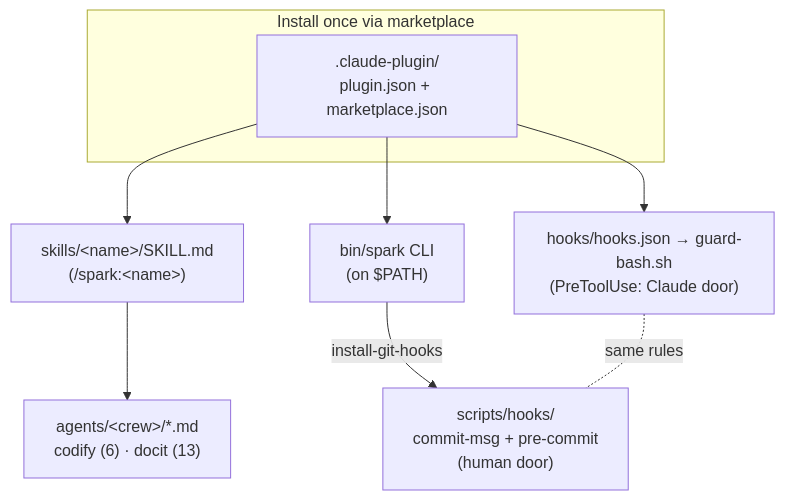
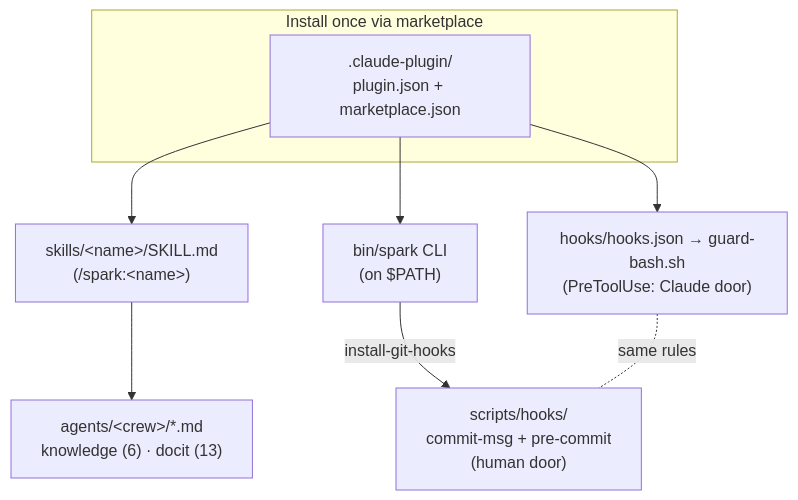
One commit to jwogrady/spark changed the diagram in docs/architecture/spark-internals.md. Above: the diagram before and after it, drawn with Mermaid. The commit also changed other lines of this file and 21 other files, not shown here.

````diff
--- a/docs/architecture/spark-internals.md
+++ b/docs/architecture/spark-internals.md
@@ -64,12 +64,12 @@
 ```mermaid
 flowchart TB
   subgraph Install["Install once via marketplace"]
     M[".claude-plugin/<br/>plugin.json + marketplace.json"]
   end
   M --> S["skills/&lt;name&gt;/SKILL.md<br/>(/spark:&lt;name&gt;)"]
   M --> H["hooks/hooks.json → guard-bash.sh<br/>(PreToolUse: Claude door)"]
   M --> C["bin/spark CLI<br/>(on $PATH)"]
-  S --> A["agents/&lt;crew&gt;/*.md<br/>codify (6) · docit (13)"]
+  S --> A["agents/&lt;crew&gt;/*.md<br/>knowledge (6) · docit (13)"]
   C -->|install-git-hooks| G["scripts/hooks/<br/>commit-msg + pre-commit<br/>(human door)"]
   H -. same rules .- G
 ```
````
